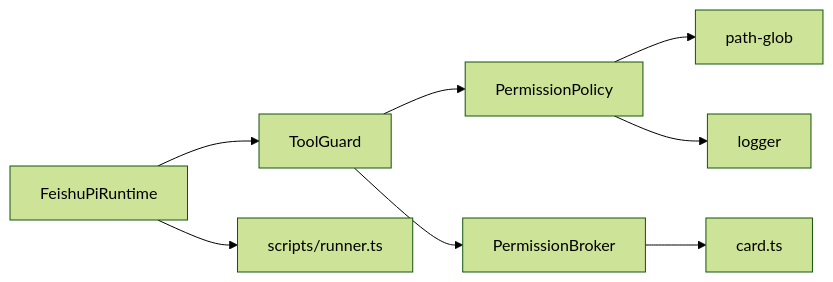
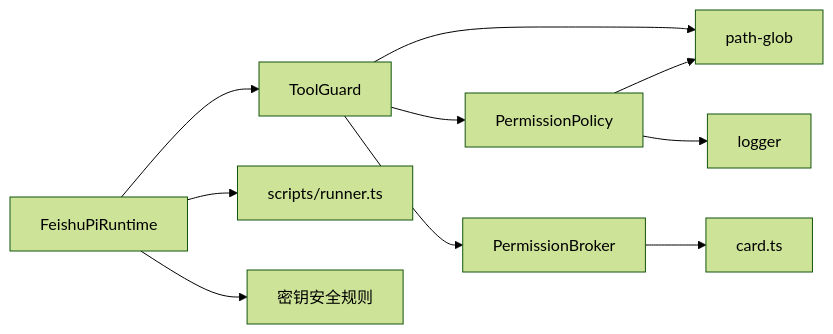
One commit to HeXiaoShu520/feishu-pi changed the seventh of 7 diagrams in .qoder/repowiki/zh/content/脚本工具系统/安全控制/安全控制.md. Above: the diagram before and after it, drawn with Mermaid (forest theme). The commit also changed other lines of this file and 47 other files, not shown here.

````diff
--- a/.qoder/repowiki/zh/content/脚本工具系统/安全控制/安全控制.md
+++ b/.qoder/repowiki/zh/content/脚本工具系统/安全控制/安全控制.md
@@ -338,10 +413,12 @@
 ```mermaid
 graph LR
 POL["PermissionPolicy"] --> PGLOB["path-glob"]
 POL --> LOG["logger"]
 GUARD["ToolGuard"] --> POL
+GUARD --> PGLOB
 GUARD --> BROKER["PermissionBroker"]
 BROKER --> CARD["card.ts"]
 RUNTIME["FeishuPiRuntime"] --> GUARD
 RUNTIME --> RUNNER["scripts/runner.ts"]
+RUNTIME --> SECRETRULE["密钥安全规则"]
 ```
````
